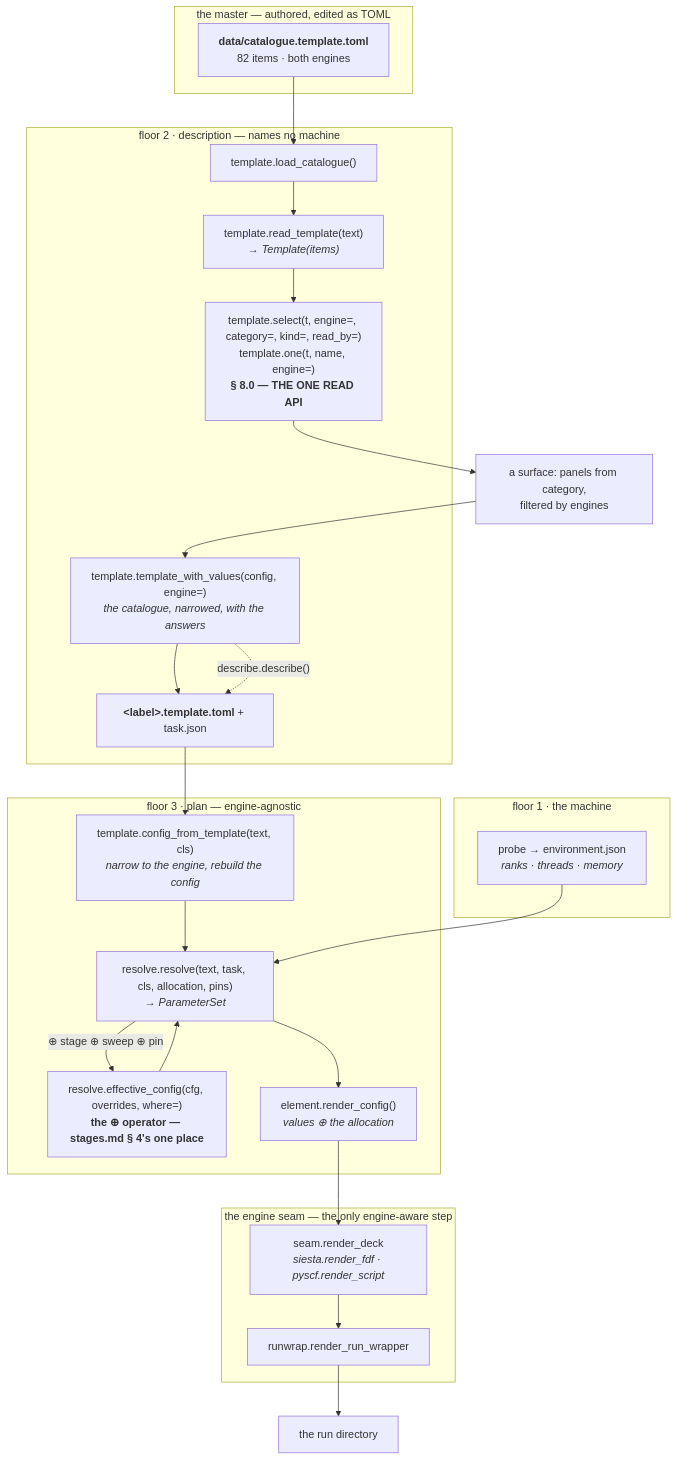
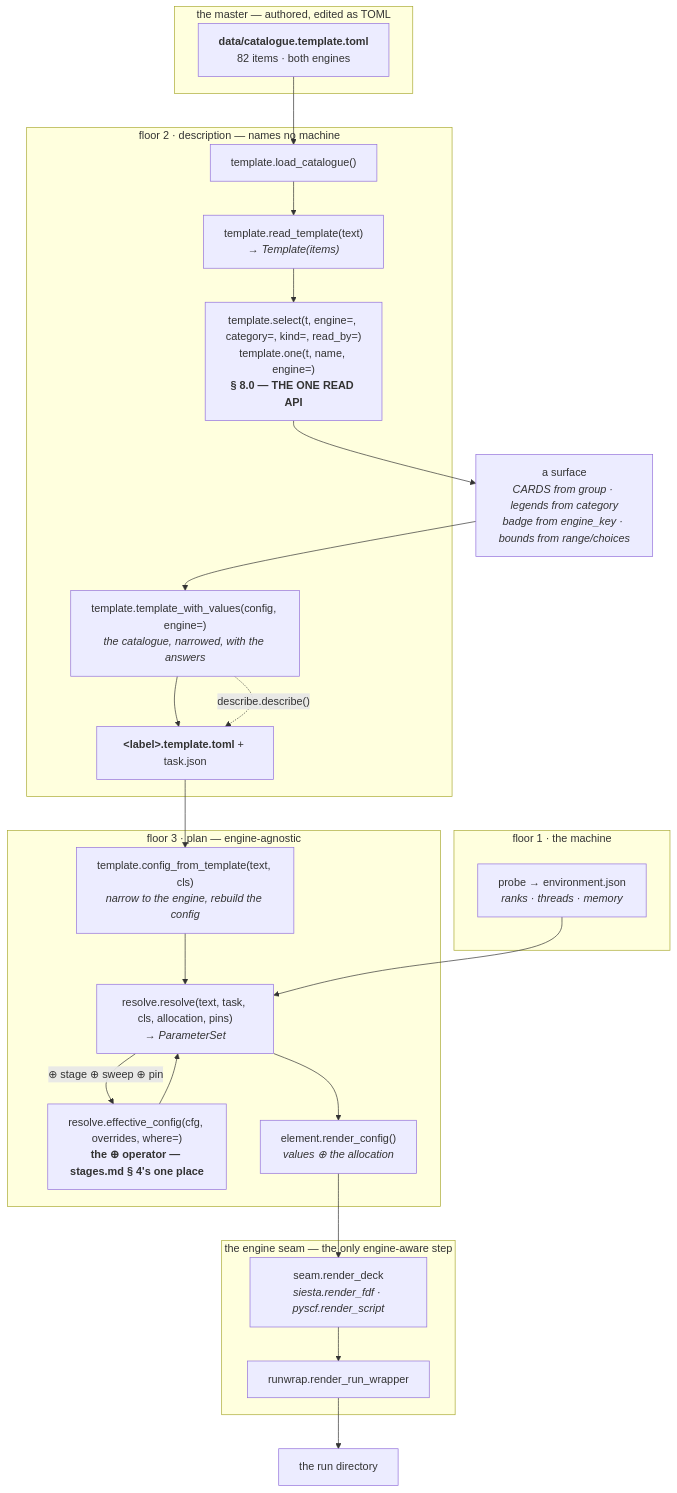
Before and after one commit to Qing-LAB/molbuilder: the sixth of 8 diagrams in docs/engines/template.md, drawn with Mermaid. The commit also changed other lines of this file and 43 other files, not shown here.

````diff
--- a/docs/engines/template.md
+++ b/docs/engines/template.md
@@ -1171,40 +1308,40 @@
 ```mermaid
 flowchart TD
     subgraph F0["the master — authored, edited as TOML"]
       CAT["<b>data/catalogue.template.toml</b><br/>82 items · both engines"]
     end
 
     subgraph F2["floor 2 · description — names no machine"]
       LOAD["template.load_catalogue()"]
       READ["template.read_template(text)<br/><i>→ Template(items)</i>"]
       SEL["template.select(t, engine=, category=, kind=, read_by=)<br/>template.one(t, name, engine=)<br/><b>§ 8.0 — THE ONE READ API</b>"]
       TWV["template.template_with_values(config, engine=)<br/><i>the catalogue, narrowed, with the answers</i>"]
       TPL["<b>&lt;label&gt;.template.toml</b> + task.json"]
     end
 
     subgraph F1["floor 1 · the machine"]
       ENV["probe → environment.json<br/><i>ranks · threads · memory</i>"]
     end
 
     subgraph F3["floor 3 · plan — engine-agnostic"]
       CFT["template.config_from_template(text, cls)<br/><i>narrow to the engine, rebuild the config</i>"]
       EFF["resolve.effective_config(cfg, overrides, where=)<br/><b>the ⊕ operator — stages.md § 4's one place</b>"]
       RES["resolve.resolve(text, task, cls, allocation, pins)<br/><i>→ ParameterSet</i>"]
       RC["element.render_config()<br/><i>values ⊕ the allocation</i>"]
     end
 
     subgraph FE["the engine seam — the only engine-aware step"]
       DECK["seam.render_deck<br/><i>siesta.render_fdf · pyscf.render_script</i>"]
       WRAP["runwrap.render_run_wrapper"]
     end
 
     CAT --> LOAD --> READ --> SEL
-    SEL --> UI["a surface: panels from category,<br/>filtered by engines"]
+    SEL --> UI["a surface<br/><i>CARDS from group · legends from category<br/>badge from engine_key · bounds from range/choices</i>"]
     UI --> TWV --> TPL
     TWV -.->|"describe.describe()"| TPL
     TPL --> CFT --> RES
     ENV --> RES
     RES -->|"⊕ stage ⊕ sweep ⊕ pin"| EFF
     EFF --> RES
     RES --> RC --> DECK --> WRAP --> RUN["the run directory"]
 ```
````
